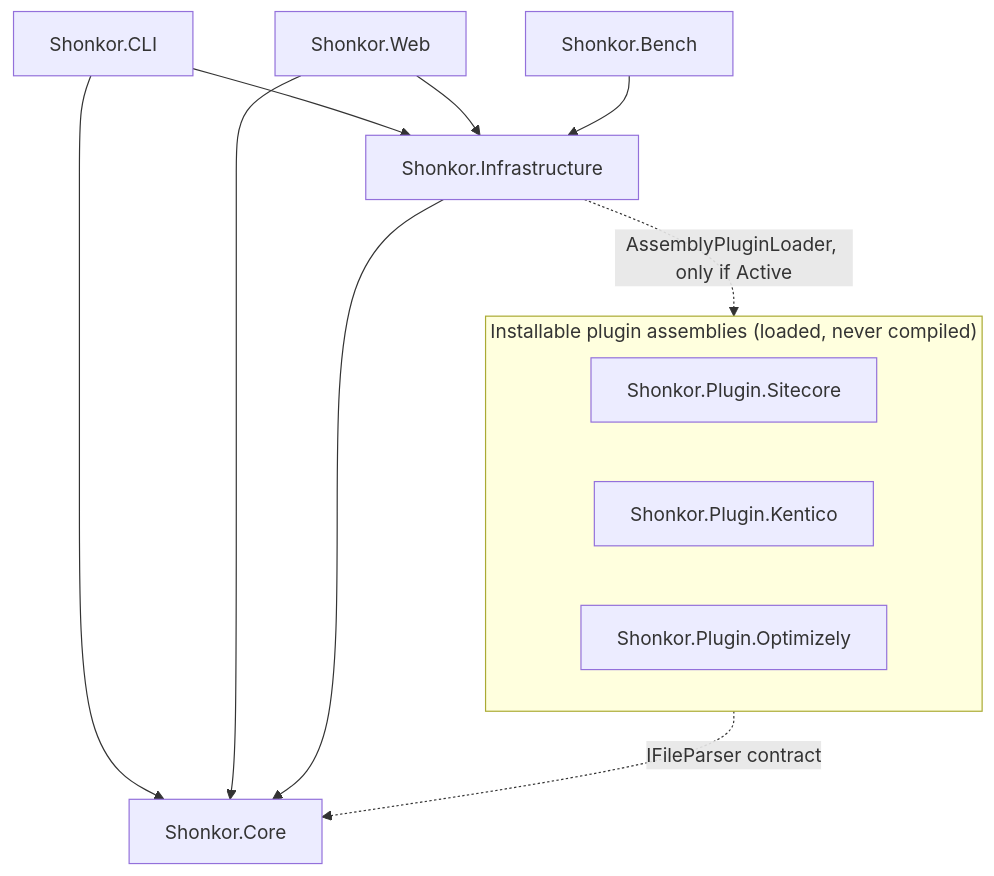
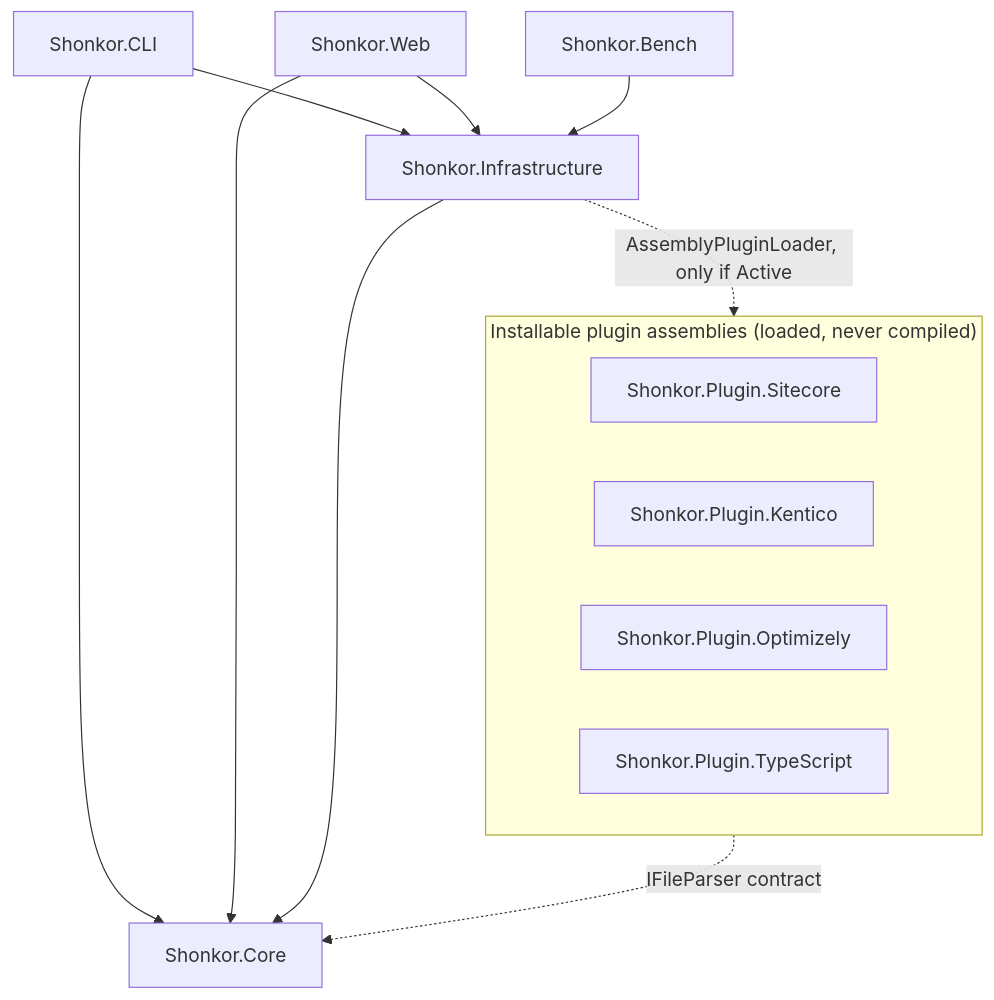
One commit to MrNedimBoztepe/Shonkor changed the first of 2 diagrams in docs/developer/arc42/05_building_block_view.md. Above: the diagram before and after it, drawn with Mermaid. The commit also changed other lines of this file and 11 other files, not shown here.

````diff
--- a/docs/developer/arc42/05_building_block_view.md
+++ b/docs/developer/arc42/05_building_block_view.md
@@ -11,17 +11,18 @@
 ```mermaid
 graph TD
     CLI[Shonkor.CLI] --> Core[Shonkor.Core]
     Web[Shonkor.Web] --> Core
     CLI --> Infra[Shonkor.Infrastructure]
     Web --> Infra
     Bench[Shonkor.Bench] --> Infra
     Infra --> Core
 
     subgraph plugins["Installable plugin assemblies (loaded, never compiled)"]
       P1[Shonkor.Plugin.Sitecore]
       P2[Shonkor.Plugin.Kentico]
       P3[Shonkor.Plugin.Optimizely]
+      P4[Shonkor.Plugin.TypeScript]
     end
     plugins -.->|IFileParser contract| Core
     Infra -.->|AssemblyPluginLoader, only if Active| plugins
 ```
````
